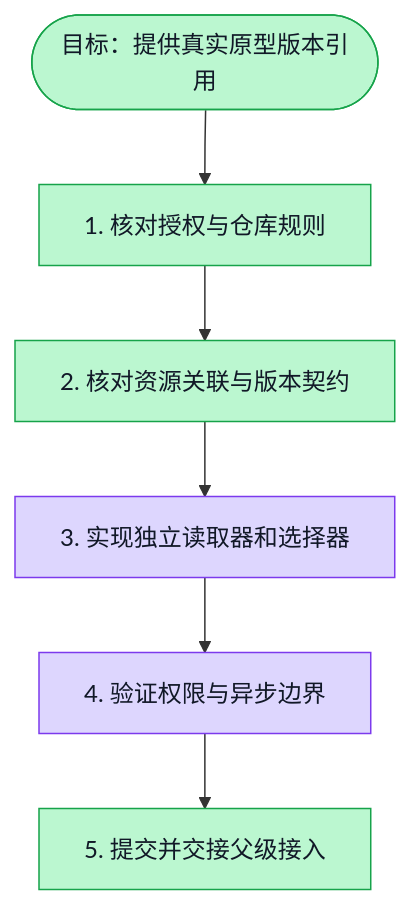
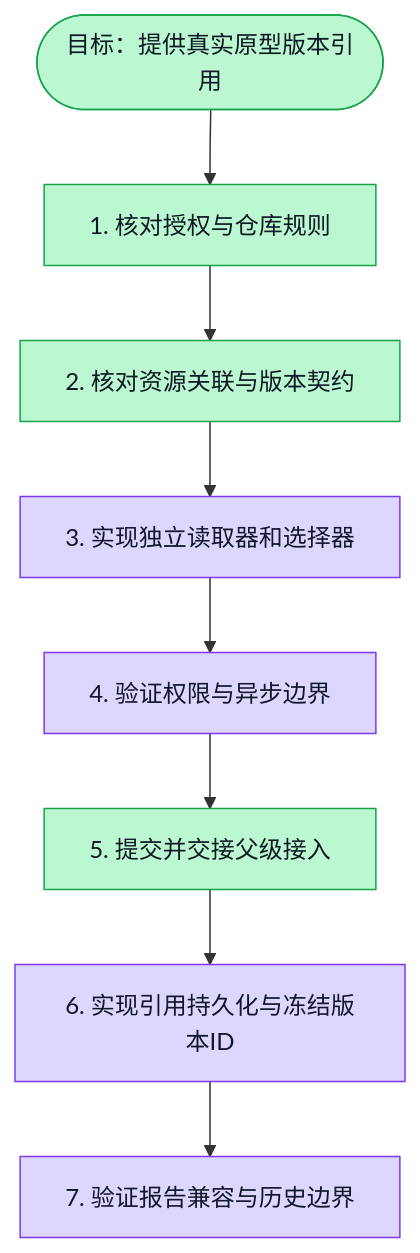
One commit to boardx/workspacex changed the diagram in docs/evidence/aidt-native/completion-20261116/a5/plan.md. Above: the diagram before and after it, drawn with Mermaid. The commit also changed 10 other files, not shown here.

````diff
--- a/docs/evidence/aidt-native/completion-20261116/a5/plan.md
+++ b/docs/evidence/aidt-native/completion-20261116/a5/plan.md
@@ -17,26 +17,33 @@
 ```mermaid
 flowchart TD
   G([目标：提供真实原型版本引用])
   S1[1. 核对授权与仓库规则]
   S2[2. 核对资源关联与版本契约]
   S3[3. 实现独立读取器和选择器]
   S4[4. 验证权限与异步边界]
   S5[5. 提交并交接父级接入]
+  S6[6. 实现引用持久化与冻结版本ID]
+  S7[7. 验证报告兼容与历史边界]
 
   G --> S1 --> S2 --> S3 --> S4 --> S5
+  S5 --> S6 --> S7
 
   classDef todo fill:#e5e7eb,stroke:#6b7280,color:#111827
   classDef doing fill:#fde68a,stroke:#d97706,color:#111827
   classDef done fill:#bbf7d0,stroke:#16a34a,color:#111827
   classDef tested fill:#ddd6fe,stroke:#7c3aed,color:#111827
   classDef blocked fill:#fecaca,stroke:#dc2626,color:#111827
 
   class G done
   class S1 done
   class S2 done
   class S3 tested
   %% evidence S3: targeted-tests.log: 19 helper/component tests passed; eslint exit 0
   class S4 tested
   %% evidence S4: isolation-tests.log: module boundary and compatibility tests passed
   class S5 done
+  class S6 tested
+  %% evidence S6: reference-persistence-tests.log: canonical StageContent roundtrip, frozen v1 while S5 v2, legacy schema and ID comparison passed
+  class S7 tested
+  %% evidence S7: reference-persistence-tests.log: 64 tests passed across 10 files; reference-eslint.log exit 0
 ```
````
